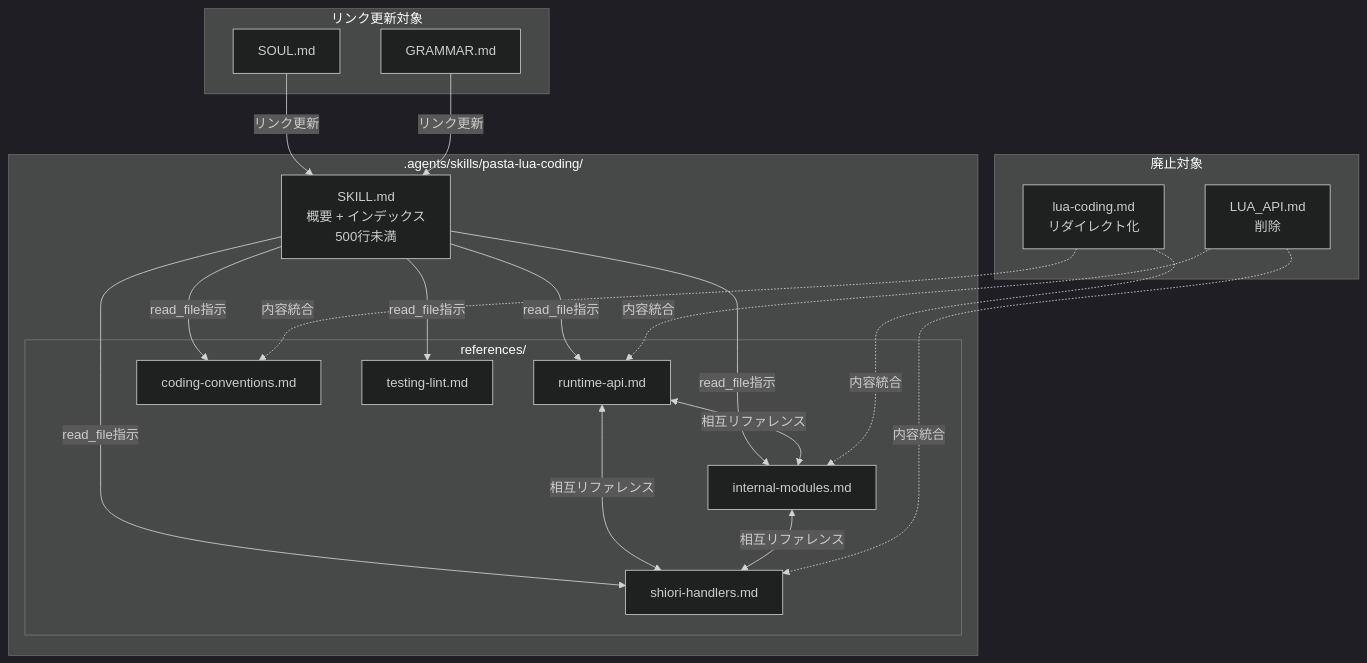
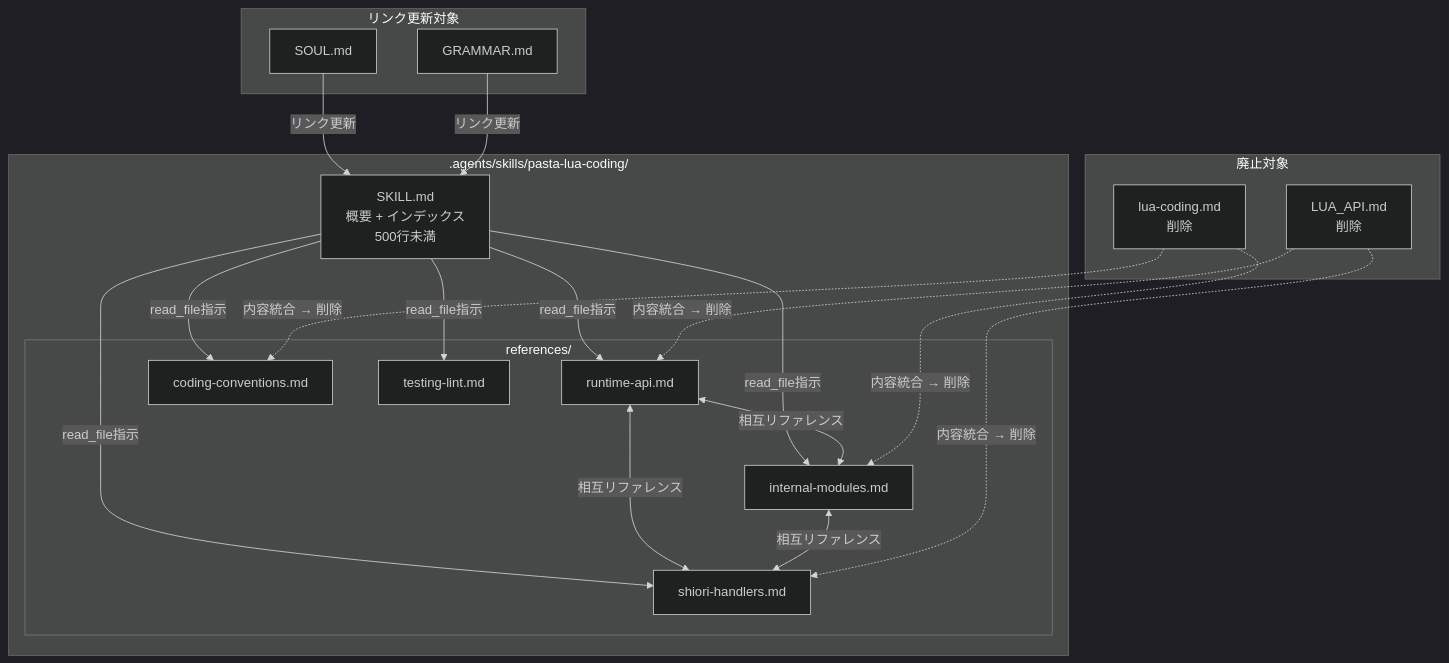
Before and after one commit to ekicyou/pasta: the first of 2 diagrams in .kiro/specs/pasta-lua-skill-restructure/design.md, drawn with Mermaid (dark theme). The commit also changed other lines of this file and 1 other file, not shown here.

First line of the commit message:
fix(spec): lua-coding.md をリダイレクトから完全削除に変更

````diff
--- a/.kiro/specs/pasta-lua-skill-restructure/design.md
+++ b/.kiro/specs/pasta-lua-skill-restructure/design.md
@@ -43,41 +43,41 @@
 ```mermaid
 graph TB
     subgraph SkillFolder[.agents/skills/pasta-lua-coding/]
         SKILL[SKILL.md<br/>概要 + インデックス<br/>500行未満]
         subgraph Refs[references/]
             RT[runtime-api.md]
             IM[internal-modules.md]
             SH[shiori-handlers.md]
             CC[coding-conventions.md]
             TL[testing-lint.md]
         end
     end
 
     subgraph Legacy[廃止対象]
         LUA[LUA_API.md<br/>削除]
-        LCS[lua-coding.md<br/>リダイレクト化]
+        LCS[lua-coding.md<br/>削除]
     end
 
     subgraph CrossRef[リンク更新対象]
         SOUL[SOUL.md]
         GRAM[GRAMMAR.md]
     end
 
     SKILL -->|read_file指示| RT
     SKILL -->|read_file指示| IM
     SKILL -->|read_file指示| SH
     SKILL -->|read_file指示| CC
     SKILL -->|read_file指示| TL
 
     RT <-->|相互リファレンス| IM
     RT <-->|相互リファレンス| SH
     IM <-->|相互リファレンス| SH
 
-    LUA -.->|内容統合| RT
-    LUA -.->|内容統合| SH
-    LCS -.->|内容統合| CC
-    LCS -.->|内容統合| IM
+    LUA -.->|内容統合 → 削除| RT
+    LUA -.->|内容統合 → 削除| SH
+    LCS -.->|内容統合 → 削除| CC
+    LCS -.->|内容統合 → 削除| IM
 
     SOUL -->|リンク更新| SKILL
     GRAM -->|リンク更新| SKILL
 ```
````
